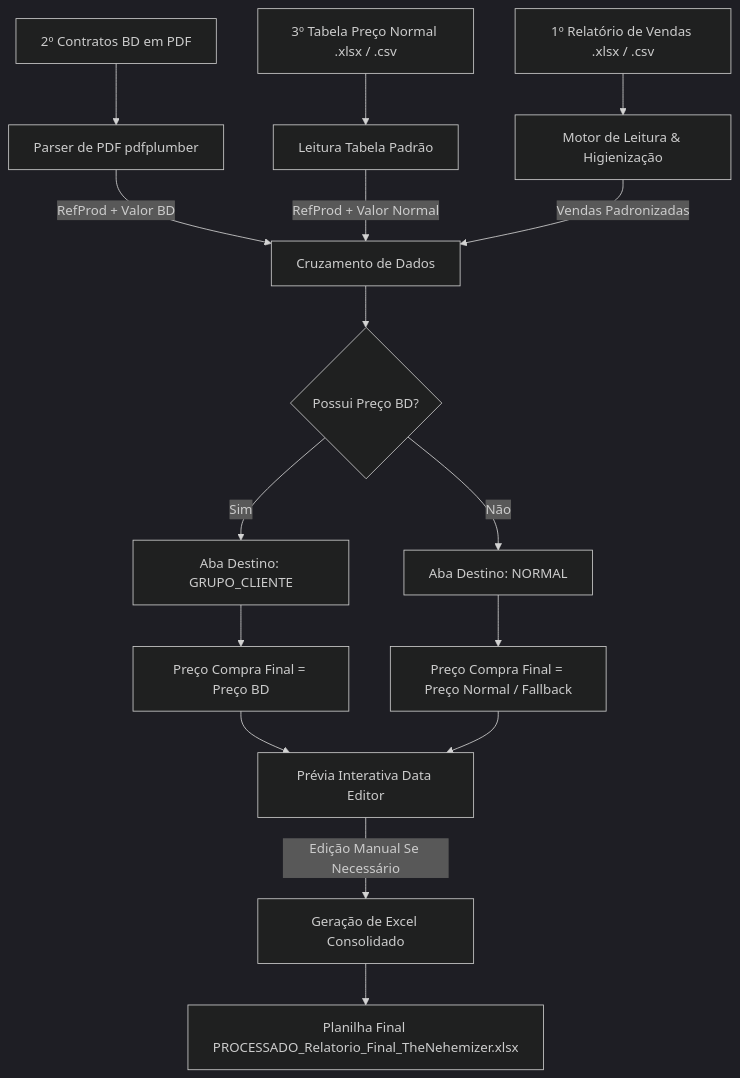
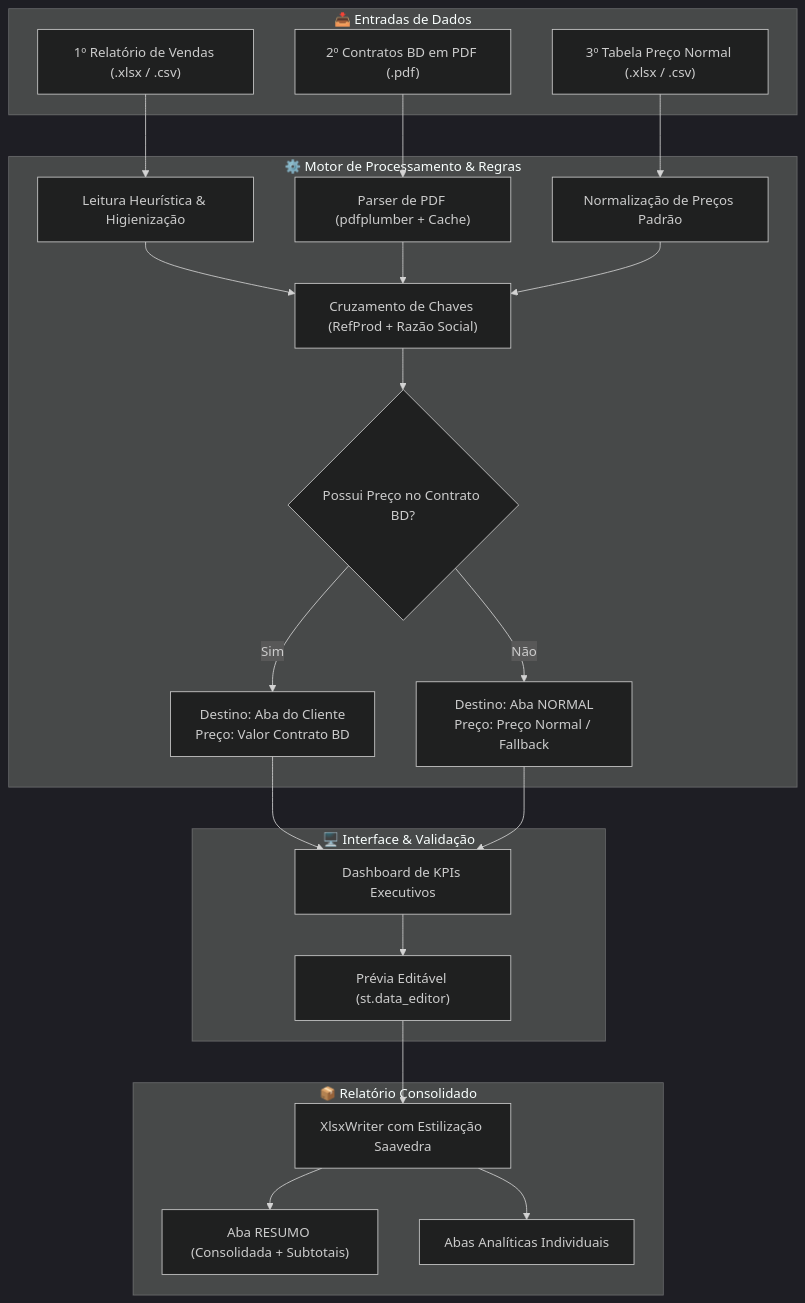
The diagram in README.md (ojoesevero/The-Nehemizer), drawn with Mermaid (dark theme) before and after one commit. The commit also changed other lines of this file, not shown here.

Commit message:
docs: atualiza README.md com elementos semânticos HTML5 e layout moderno

````diff
--- a/README.md
+++ b/README.md
@@ -39,23 +92,48 @@
 ```mermaid
 flowchart TD
-    A[1º Relatório de Vendas .xlsx / .csv] --> D[Motor de Leitura & Higienização]
-    B[2º Contratos BD em PDF] --> E[Parser de PDF pdfplumber]
-    C[3º Tabela Preço Normal .xlsx / .csv] --> F[Leitura Tabela Padrão]
-    
-    E -->|RefProd + Valor BD| G[Cruzamento de Dados]
-    F -->|RefProd + Valor Normal| G
-    D -->|Vendas Padronizadas| G
-    
-    G --> H{Possui Preço BD?}
-    H -- Sim --> I[Aba Destino: GRUPO_CLIENTE]
-    H -- Não --> J[Aba Destino: NORMAL]
-    
-    I --> K[Preço Compra Final = Preço BD]
-    J --> L[Preço Compra Final = Preço Normal / Fallback]
-    
-    K --> M[Prévia Interativa Data Editor]
+    subgraph ENTRADA["📥 Entradas de Dados"]
+        A["1º Relatório de Vendas (.xlsx / .csv)"]
+        B["2º Contratos BD em PDF (.pdf)"]
+        C["3º Tabela Preço Normal (.xlsx / .csv)"]
+    end
+
+    subgraph PROCESSAMENTO["⚙️ Motor de Processamento & Regras"]
+        D["Leitura Heurística & Higienização"]
+        E["Parser de PDF (pdfplumber + Cache)"]
+        F["Normalização de Preços Padrão"]
+        G["Cruzamento de Chaves (RefProd + Razão Social)"]
+        H{"Possui Preço no Contrato BD?"}
+        I["Destino: Aba do Cliente\nPreço: Valor Contrato BD"]
+        J["Destino: Aba NORMAL\nPreço: Preço Normal / Fallback"]
+    end
+
+    subgraph INTERFACE["🖥️ Interface & Validação"]
+        K["Dashboard de KPIs Executivos"]
+        L["Prévia Editável (st.data_editor)"]
+    end
+
+    subgraph SAIDA["📦 Relatório Consolidado"]
+        M["XlsxWriter com Estilização Saavedra"]
+        N["Aba RESUMO (Consolidada + Subtotais)"]
+        O["Abas Analíticas Individuais"]
+    end
+
+    A --> D
+    B --> E
+    C --> F
+
+    D --> G
+    E --> G
+    F --> G
+
+    G --> H
+    H -- Sim --> I
+    H -- Não --> J
+
+    I --> K
+    J --> K
+    K --> L
     L --> M
-    
-    M -->|Edição Manual Se Necessário| N[Geração de Excel Consolidado]
-    N --> O[Planilha Final PROCESSADO_Relatorio_Final_TheNehemizer.xlsx]
+    M --> N
+    M --> O
 ```
````
